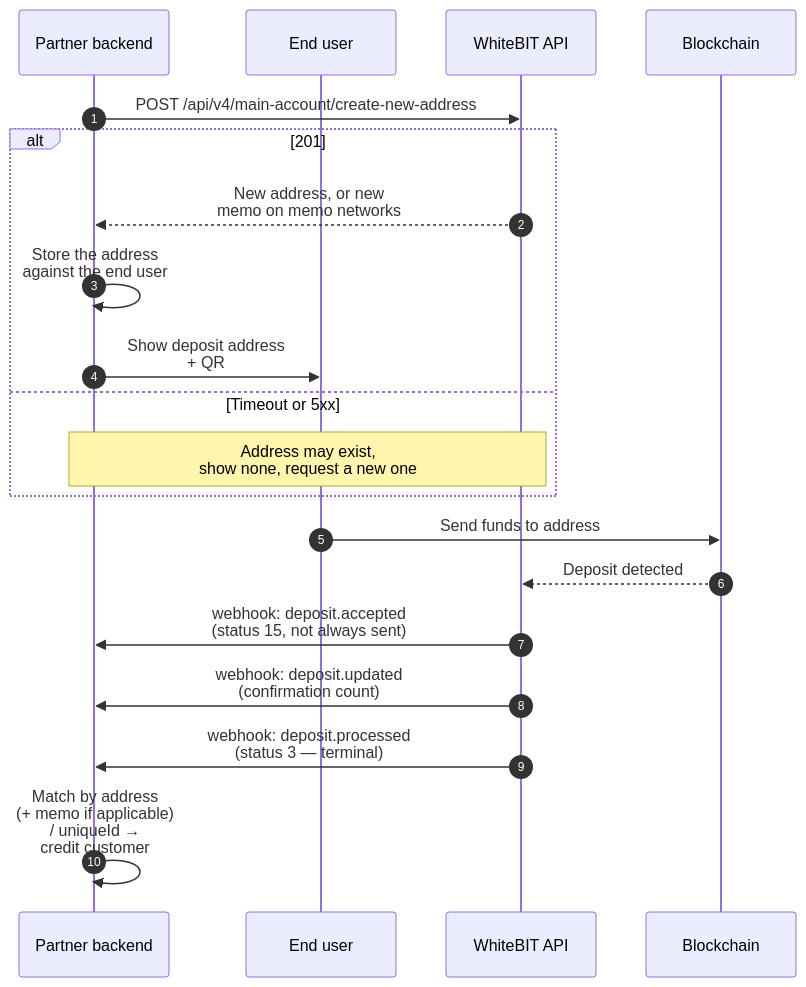
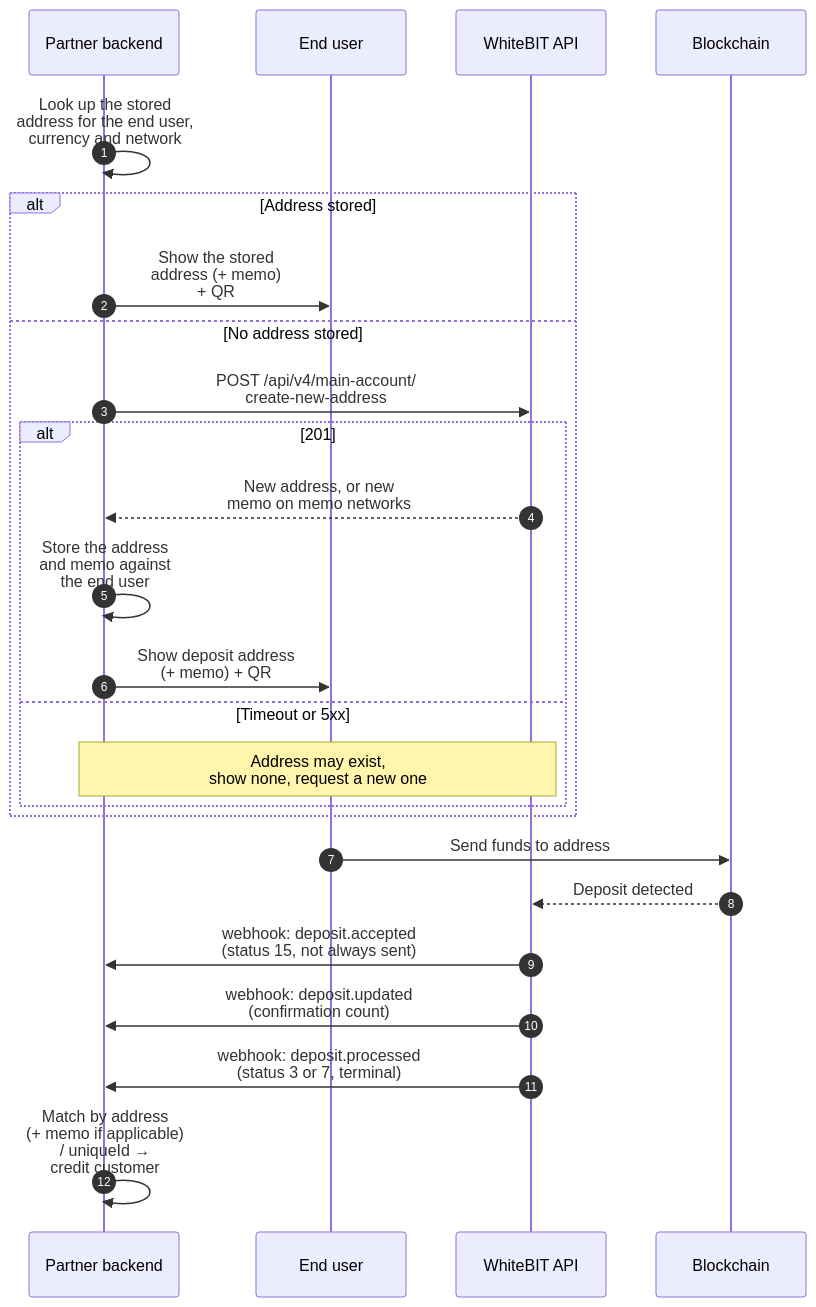
Before and after one commit to whitebit-exchange/docs: the first of 10 diagrams in guides/payment-integration.mdx, drawn with Mermaid. The commit also changed other lines of this file, not shown here.

First line of the commit message:
docs(guide): add Convert waits to payment flows

````diff
--- a/guides/payment-integration.mdx
+++ b/guides/payment-integration.mdx
@@ -37,23 +37,28 @@
 ```mermaid
 sequenceDiagram
     autonumber
     participant P as Partner backend
     participant U as End user
     participant W as WhiteBIT API
     participant B as Blockchain
 
-    P->>W: POST /api/v4/main-account/create-new-address
-    alt 201
-        W-->>P: New address, or new<br/>memo on memo networks
-        P->>P: Store the address<br/>against the end user
-        P->>U: Show deposit address<br/>+ QR
-    else Timeout or 5xx
-        Note over P,W: Address may exist,<br/>show none, request a new one
+    P->>P: Look up the stored<br/>address for the end user,<br/>currency and network
+    alt Address stored
+        P->>U: Show the stored<br/>address (+ memo)<br/>+ QR
+    else No address stored
+        P->>W: POST /api/v4/main-account/<br/>create-new-address
+        alt 201
+            W-->>P: New address, or new<br/>memo on memo networks
+            P->>P: Store the address<br/>and memo against<br/>the end user
+            P->>U: Show deposit address<br/>(+ memo) + QR
+        else Timeout or 5xx
+            Note over P,W: Address may exist,<br/>show none, request a new one
+        end
     end
     U->>B: Send funds to address
     B-->>W: Deposit detected
     W->>P: webhook: deposit.accepted<br/>(status 15, not always sent)
     W->>P: webhook: deposit.updated<br/>(confirmation count)
-    W->>P: webhook: deposit.processed<br/>(status 3 — terminal)
+    W->>P: webhook: deposit.processed<br/>(status 3 or 7, terminal)
     P->>P: Match by address<br/>(+ memo if applicable)<br/>/ uniqueId →<br/>credit customer
 ```
````
